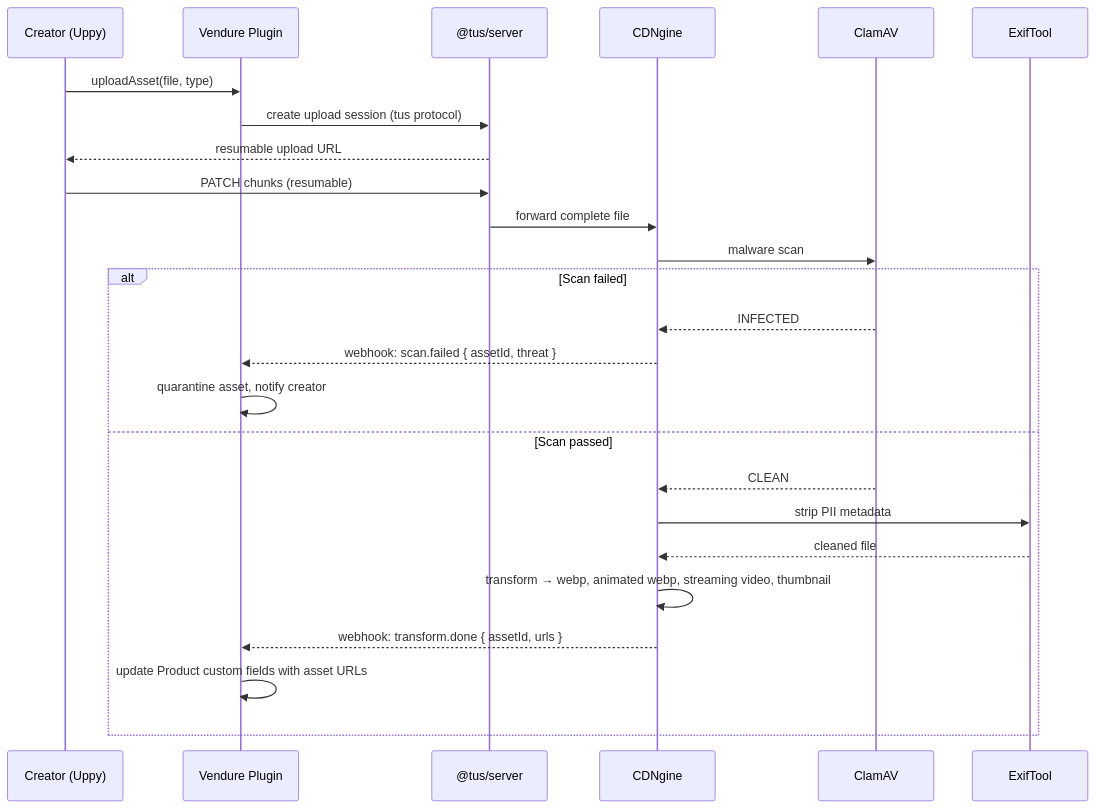
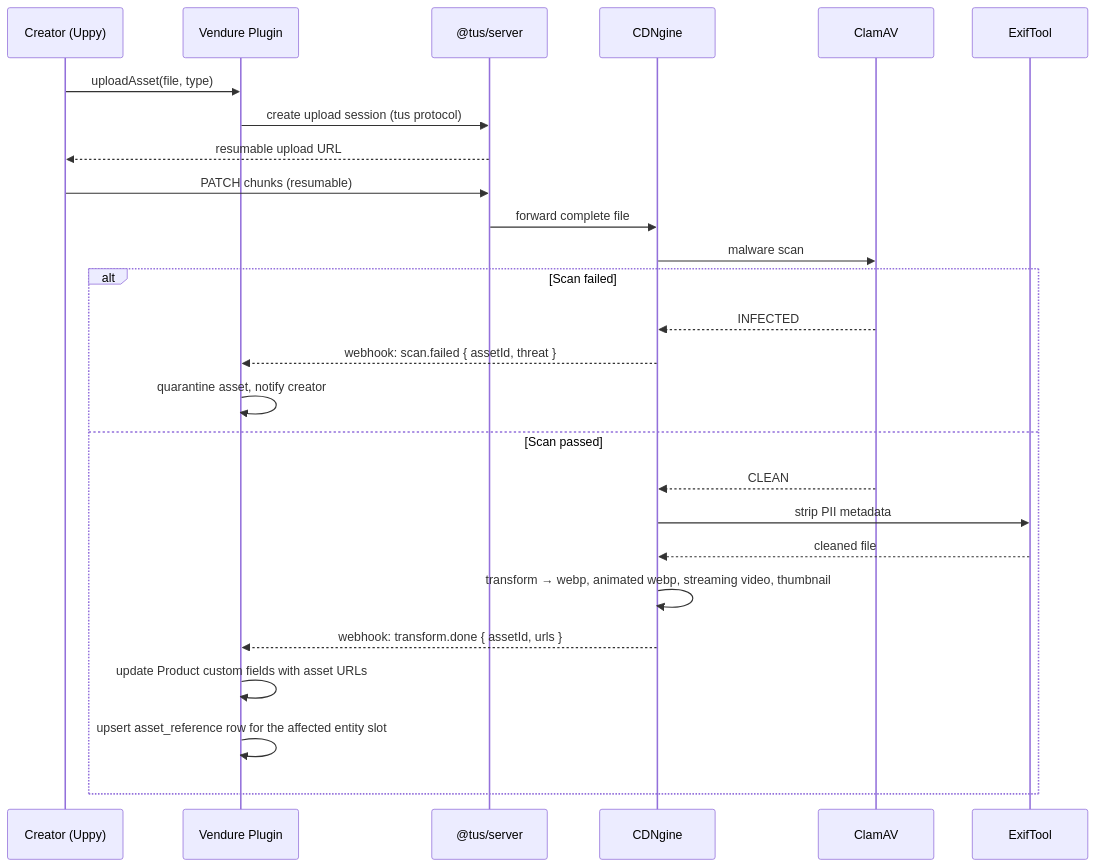
The eighth of 8 diagrams in docs/service-architecture.md (Yeusepe/simket), drawn with Mermaid before and after one commit. The commit also changed other lines of this file and 110 other files, not shown here.

````diff
--- a/docs/service-architecture.md
+++ b/docs/service-architecture.md
@@ -747,31 +758,32 @@
 ```mermaid
 sequenceDiagram
     participant C as Creator (Uppy)
     participant V as Vendure Plugin
     participant TUS as @tus/server
     participant CDN as CDNgine
     participant AV as ClamAV
     participant EX as ExifTool
 
     C->>V: uploadAsset(file, type)
     V->>TUS: create upload session (tus protocol)
     TUS-->>C: resumable upload URL
 
     C->>TUS: PATCH chunks (resumable)
     TUS->>CDN: forward complete file
 
     CDN->>AV: malware scan
     alt Scan failed
         AV-->>CDN: INFECTED
         CDN-->>V: webhook: scan.failed { assetId, threat }
         V->>V: quarantine asset, notify creator
     else Scan passed
         AV-->>CDN: CLEAN
         CDN->>EX: strip PII metadata
         EX-->>CDN: cleaned file
         CDN->>CDN: transform → webp, animated webp, streaming video, thumbnail
 
         CDN-->>V: webhook: transform.done { assetId, urls }
         V->>V: update Product custom fields with asset URLs
+        V->>V: upsert asset_reference row for the affected entity slot
     end
 ```
````
